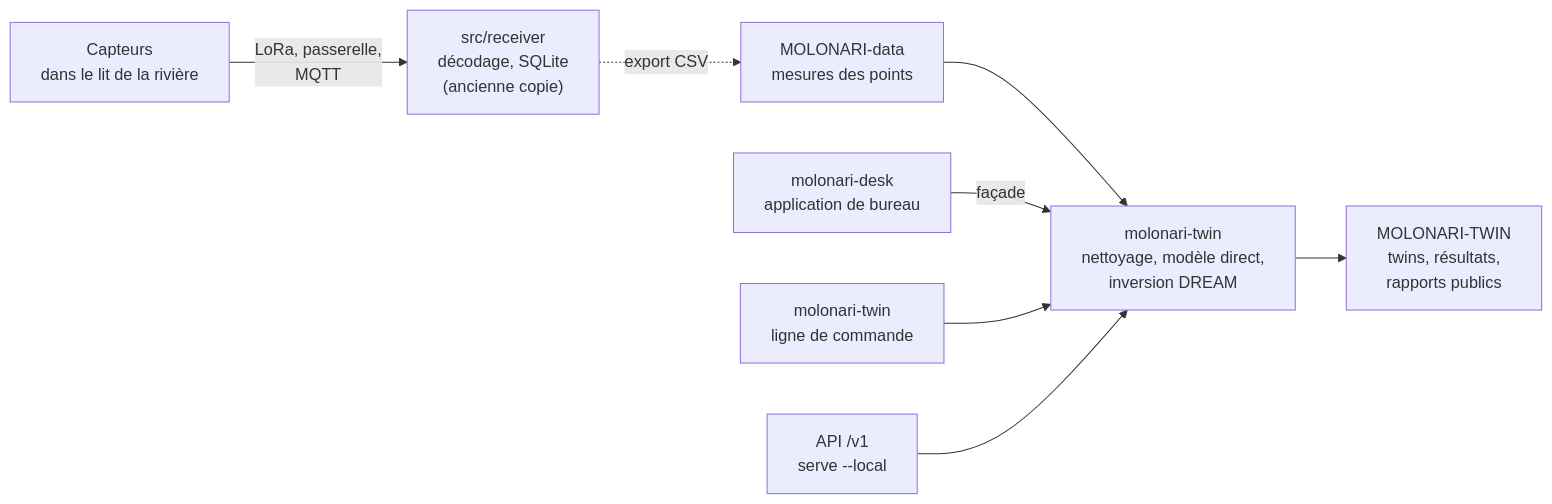
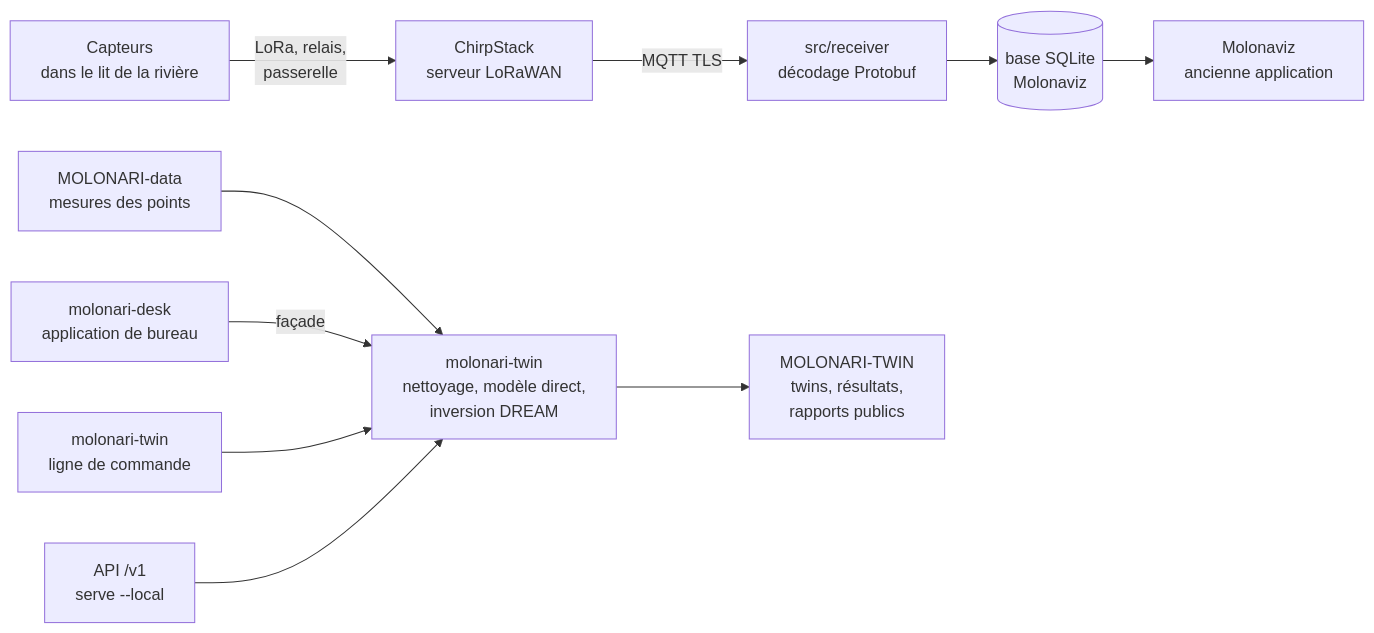
One commit to flipoyo/MOLONARI-API changed the first of 2 diagrams in README.md. Above: the diagram before and after it, drawn with Mermaid. The commit also changed other lines of this file, not shown here.

Commit message:
docs(readme): sections receiver et Molonaviz, receiver en service ici et non ancienne copie

````diff
--- a/README.md
+++ b/README.md
@@ -79,10 +81,12 @@
 ```mermaid
 flowchart LR
-    CAP["Capteurs<br/>dans le lit de la rivière"] -->|LoRa, passerelle,<br/>MQTT| REC["src/receiver<br/>décodage, SQLite<br/>(ancienne copie)"]
-    REC -.->|export CSV| DATA["MOLONARI-data<br/>mesures des points"]
-    DATA --> TWIN["molonari-twin<br/>nettoyage, modèle direct,<br/>inversion DREAM"]
+    CAP["Capteurs<br/>dans le lit de la rivière"] -->|LoRa, relais,<br/>passerelle| CS["ChirpStack<br/>serveur LoRaWAN"]
+    CS -->|MQTT TLS| REC["src/receiver<br/>décodage Protobuf"]
+    REC --> DB[("base SQLite<br/>Molonaviz")]
+    DB --> MVZ["Molonaviz<br/>ancienne application"]
+    DATA["MOLONARI-data<br/>mesures des points"] --> TWIN["molonari-twin<br/>nettoyage, modèle direct,<br/>inversion DREAM"]
     TWIN --> RES["MOLONARI-TWIN<br/>twins, résultats,<br/>rapports publics"]
     DESK["molonari-desk<br/>application de bureau"] -->|façade| TWIN
     CLI["molonari-twin<br/>ligne de commande"] --> TWIN
     HTTP["API /v1<br/>serve --local"] --> TWIN
 ```
````
